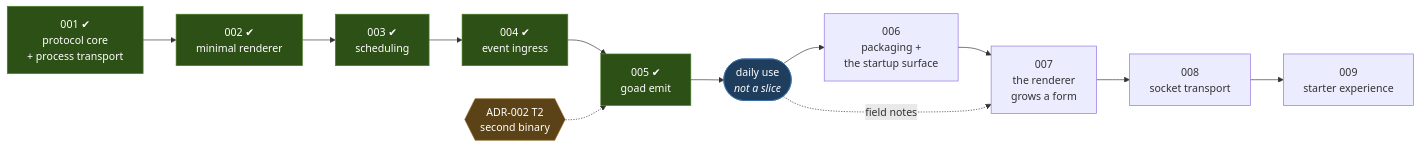
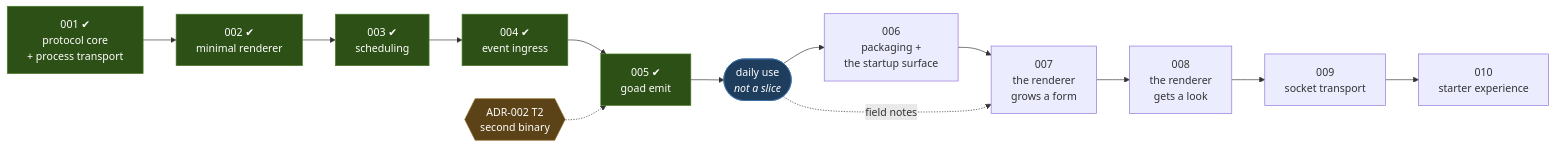
Before and after one commit to davidlee/goad: the diagram in docs/roadmap.md, drawn with Mermaid. The commit also changed other lines of this file and 11 other files, not shown here.

````diff
--- a/docs/roadmap.md
+++ b/docs/roadmap.md
@@ -74,26 +74,27 @@
 ```mermaid
 graph LR
   S1["001 ✔<br/>protocol core<br/>+ process transport"]
   S2["002 ✔<br/>minimal renderer"]
   S3["003 ✔<br/>scheduling"]
   S4["004 ✔<br/>event ingress"]
   S5["005 ✔<br/>goad emit"]
   USE(["daily use<br/><i>not a slice</i>"])
   S6["006<br/>packaging +<br/>the startup surface"]
   S7["007<br/>the renderer<br/>grows a form"]
-  S8["008<br/>socket transport"]
-  S9["009<br/>starter experience"]
+  S8["008<br/>the renderer<br/>gets a look"]
+  S9["009<br/>socket transport"]
+  S10["010<br/>starter experience"]
 
   T2{{"ADR-002 T2<br/>second binary"}}
 
-  S1 --> S2 --> S3 --> S4 --> S5 --> USE --> S6 --> S7 --> S8 --> S9
+  S1 --> S2 --> S3 --> S4 --> S5 --> USE --> S6 --> S7 --> S8 --> S9 --> S10
   T2 -.-> S5
   USE -.->|field notes| S7
 
   classDef done fill:#2d5016,stroke:#4a7c26,color:#fff
   classDef trigger fill:#5c4317,stroke:#8a6620,color:#fff
   classDef use fill:#1f3d5c,stroke:#3a6ea5,color:#fff
   class S1,S2,S3,S4,S5 done
   class T2 trigger
   class USE use
 ```
````
